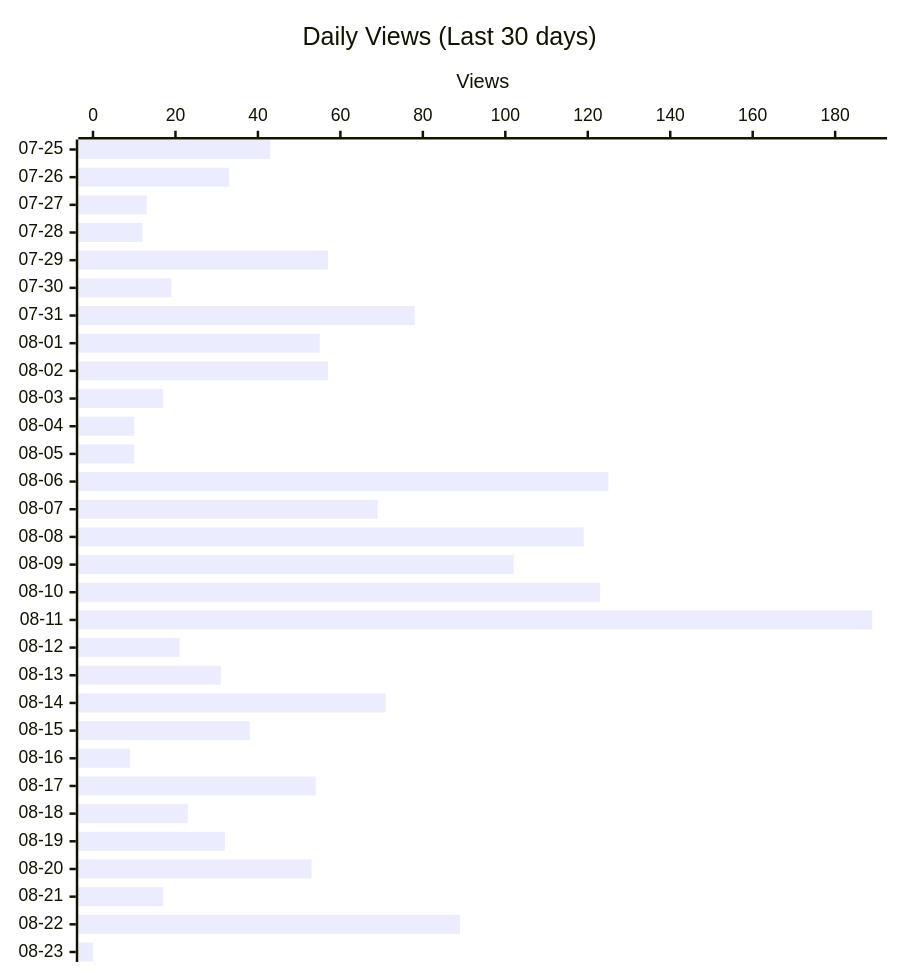
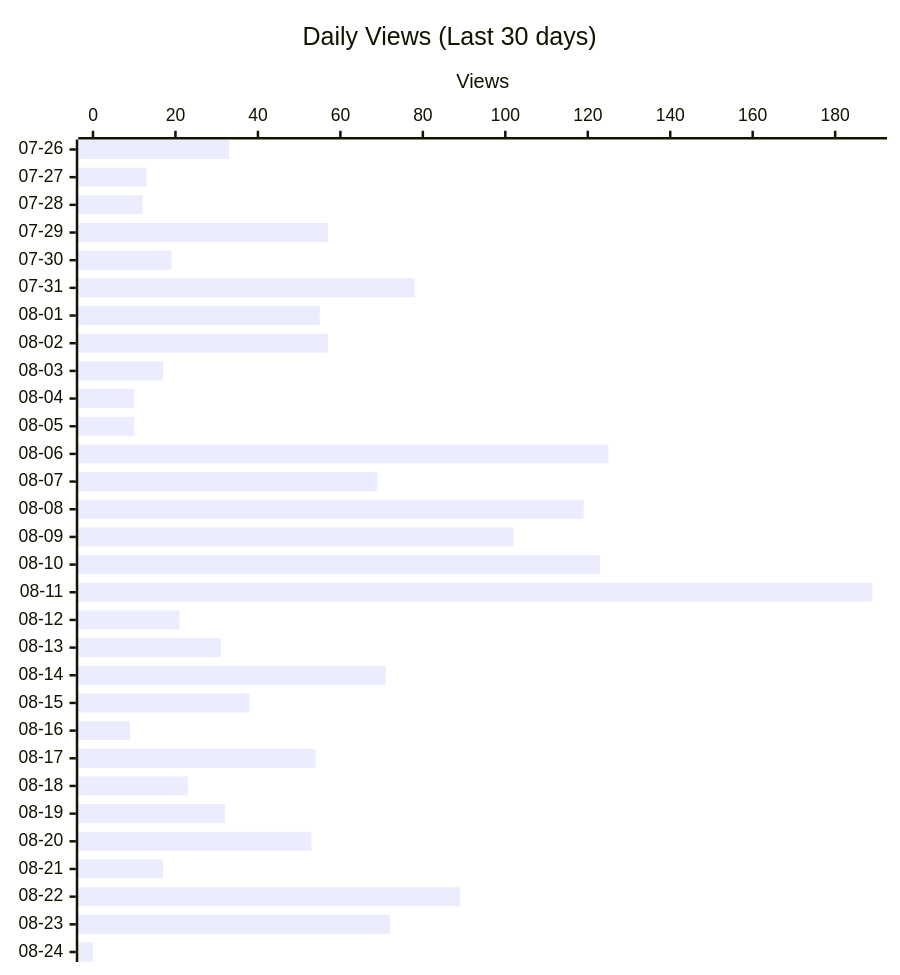
The second of 4 diagrams in README.md (shigechika/github-insights), drawn with Mermaid before and after one commit. The commit also changed other lines of this file and 2 other files, not shown here.

````diff
--- a/README.md
+++ b/README.md
@@ -28,12 +28,12 @@
 ```mermaid
 ---
 config:
   xyChart:
     height: 760
 ---
 xychart-beta horizontal
     title "Daily Views (Last 30 days)"
-    x-axis ["07-25", "07-26", "07-27", "07-28", "07-29", "07-30", "07-31", "08-01", "08-02", "08-03", "08-04", "08-05", "08-06", "08-07", "08-08", "08-09", "08-10", "08-11", "08-12", "08-13", "08-14", "08-15", "08-16", "08-17", "08-18", "08-19", "08-20", "08-21", "08-22", "08-23"]
+    x-axis ["07-26", "07-27", "07-28", "07-29", "07-30", "07-31", "08-01", "08-02", "08-03", "08-04", "08-05", "08-06", "08-07", "08-08", "08-09", "08-10", "08-11", "08-12", "08-13", "08-14", "08-15", "08-16", "08-17", "08-18", "08-19", "08-20", "08-21", "08-22", "08-23", "08-24"]
     y-axis "Views"
-    bar [43, 33, 13, 12, 57, 19, 78, 55, 57, 17, 10, 10, 125, 69, 119, 102, 123, 189, 21, 31, 71, 38, 9, 54, 23, 32, 53, 17, 89, 0]
+    bar [33, 13, 12, 57, 19, 78, 55, 57, 17, 10, 10, 125, 69, 119, 102, 123, 189, 21, 31, 71, 38, 9, 54, 23, 32, 53, 17, 89, 72, 0]
 ```
````
